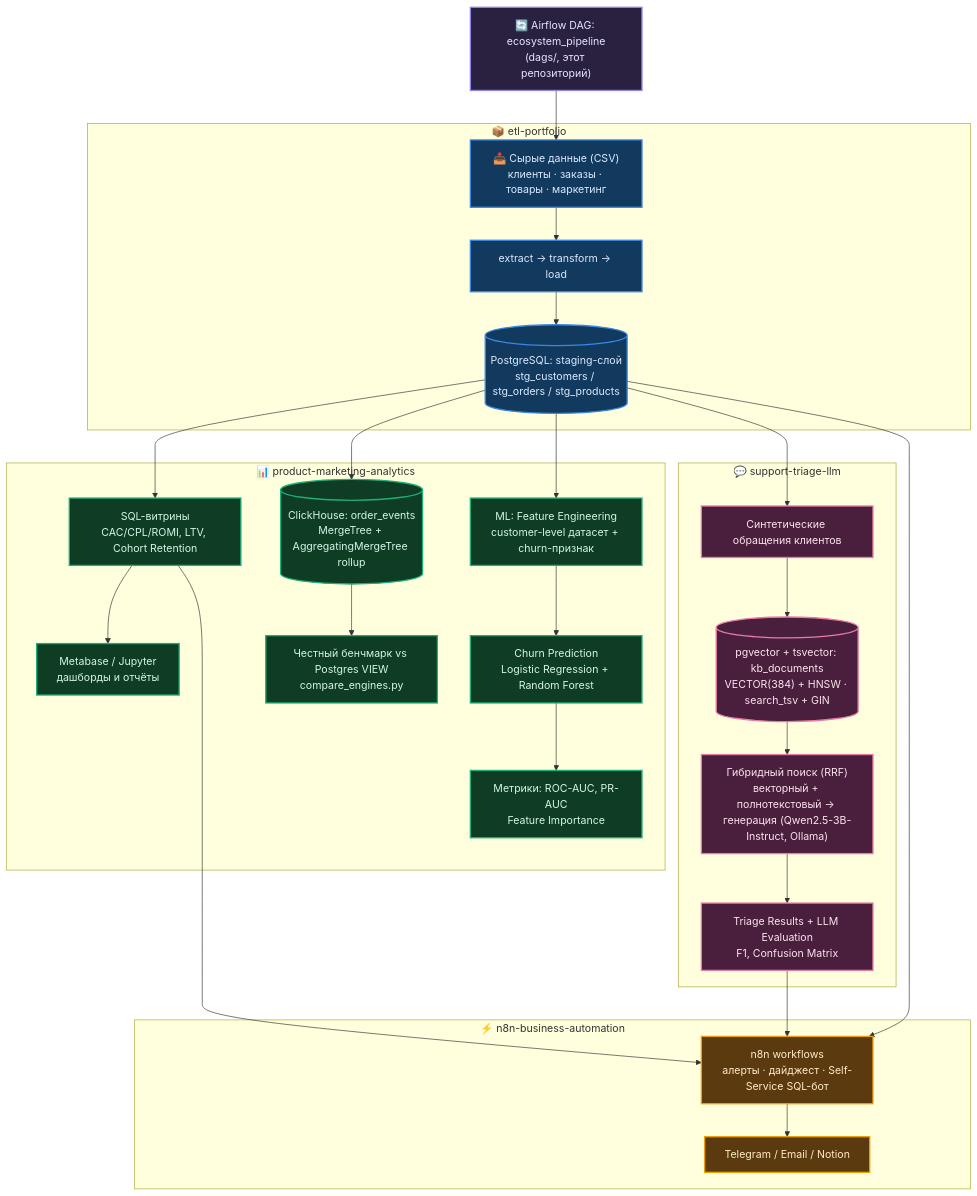
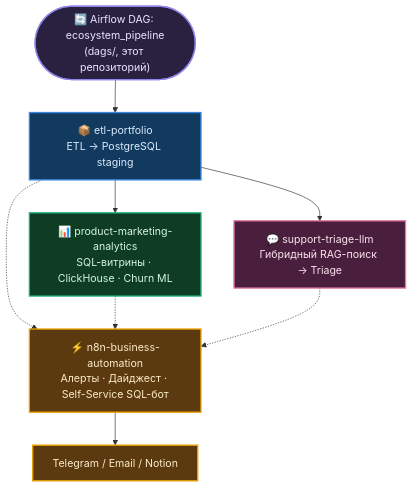
One commit to exist-ty/Nikolay-Kolesnikov-Data-Engineering-Applied-ML-LLM-Portfolio-Hub changed the diagram in docs/architecture.md. Above: the diagram before and after it, drawn with Mermaid. The commit also changed other lines of this file and 1 other file, not shown here.

Commit message:
Simplify architecture diagram to one box per repository
Three rounds of feedback on the subgraph-based diagram (heavy background
fills, off-center nodes, colored subgraph borders, arrows crossing over
subgraph titles) all traced back to the same root cause: Mermaid/dagre's
automatic layout doesn't give fine control once subgraphs and multiple
converging cross-subgraph edges are involved. Replaced with a flat 6-node
graph, one box per repository, colored via classDef, solid arrows for the
DAG pipeline flow and dashed arrows for n8n's direct reads (staging +
marts) — no subgraph containers, so there's nothing left to overlap.
Iterated in a Claude Artifact preview before porting to both README.md and
docs/architecture.md.

````diff
--- a/docs/architecture.md
+++ b/docs/architecture.md
@@ -3,39 +3,20 @@
 ```mermaid
 graph TD
-    Z["🔄 Airflow DAG: ecosystem_pipeline<br/>(dags/, этот репозиторий)"]:::orchestration --> A["📥 Сырые данные (CSV)<br/>клиенты · заказы · товары · маркетинг"]:::etl
+    Z(["🔄 Airflow DAG: ecosystem_pipeline<br/>(dags/, этот репозиторий)"]):::orchestration --> ETL
 
-    subgraph ETL["📦 etl-portfolio"]
-        A --> B["extract → transform → load"]:::etl
-        B --> C[("PostgreSQL: staging-слой<br/>stg_customers / stg_orders / stg_products")]:::etl
-    end
+    ETL["📦 etl-portfolio<br/>ETL → PostgreSQL staging"]:::etl --> ANALYTICS
+    ETL --> LLM
+    ETL -.-> N8N
 
-    subgraph ANALYTICS["📊 product-marketing-analytics"]
-        C --> D["SQL-витрины<br/>CAC/CPL/ROMI, LTV, Cohort Retention"]:::analytics
-        D --> G["Metabase / Jupyter<br/>дашборды и отчёты"]:::analytics
-        C --> M[("ClickHouse: order_events<br/>MergeTree + AggregatingMergeTree rollup")]:::analytics
-        M --> N["Честный бенчмарк vs Postgres VIEW<br/>compare_engines.py"]:::analytics
-        C --> E["ML: Feature Engineering<br/>customer-level датасет + churn-признак"]:::analytics
-        E --> H["Churn Prediction<br/>Logistic Regression + Random Forest"]:::analytics
-        H --> I["Метрики: ROC-AUC, PR-AUC<br/>Feature Importance"]:::analytics
-    end
+    ANALYTICS["📊 product-marketing-analytics<br/>SQL-витрины · ClickHouse · Churn ML"]:::analytics -.-> N8N
 
-    subgraph LLM["💬 support-triage-llm"]
-        C --> F["Синтетические обращения клиентов"]:::llm
-        F --> J[("pgvector + tsvector: kb_documents<br/>VECTOR(384) + HNSW · search_tsv + GIN")]:::llm
-        J --> K["Гибридный поиск (RRF)<br/>векторный + полнотекстовый → генерация (Qwen2.5-3B-Instruct, Ollama)"]:::llm
-        K --> L["Triage Results + LLM Evaluation<br/>F1, Confusion Matrix"]:::llm
-    end
+    LLM["💬 support-triage-llm<br/>Гибридный RAG-поиск → Triage"]:::llm -.-> N8N
 
-    subgraph N8N["⚡ n8n-business-automation"]
-        C --> O["n8n workflows<br/>алерты · дайджест · Self-Service SQL-бот"]:::n8n
-        D --> O
-        L --> O
-        O --> P["Telegram / Email / Notion"]:::n8n
-    end
+    N8N["⚡ n8n-business-automation<br/>Алерты · Дайджест · Self-Service SQL-бот"]:::n8n --> OUT["Telegram / Email / Notion"]:::n8n
 
     classDef orchestration fill:#2a2140,stroke:#9085e9,color:#e8e6ff,stroke-width:2px
     classDef etl fill:#123a5e,stroke:#3987e5,color:#dbeafe,stroke-width:2px
     classDef analytics fill:#0f3d24,stroke:#1baf7a,color:#d4f5e6,stroke-width:2px
     classDef llm fill:#4a1f3d,stroke:#e87ba4,color:#fbe4ee,stroke-width:2px
     classDef n8n fill:#5c3a10,stroke:#eda100,color:#fdecc8,stroke-width:2px
 ```
````
